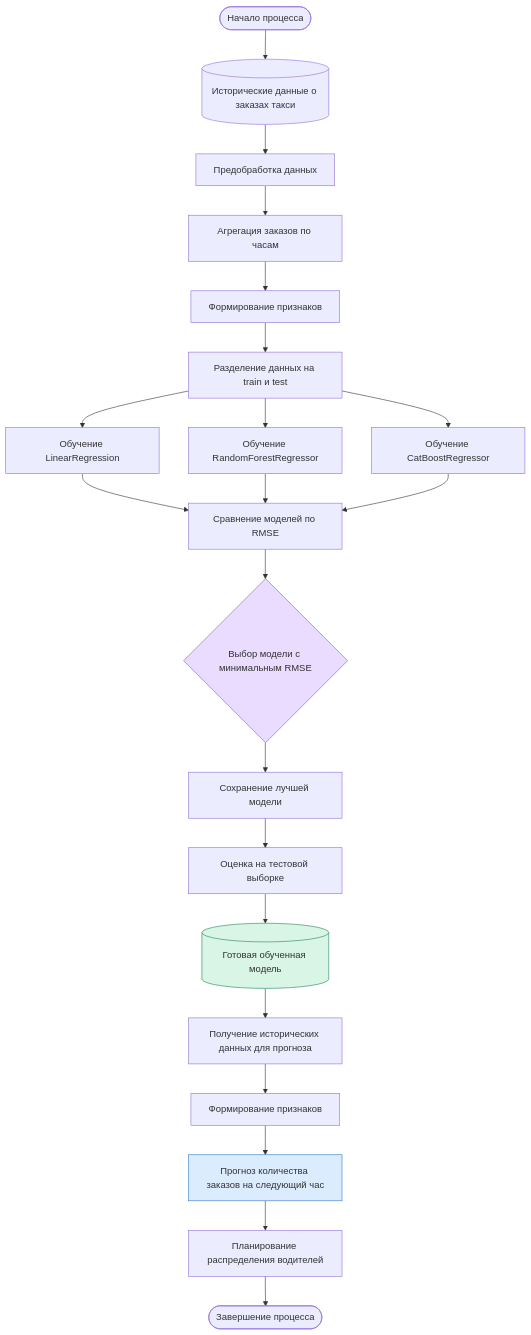
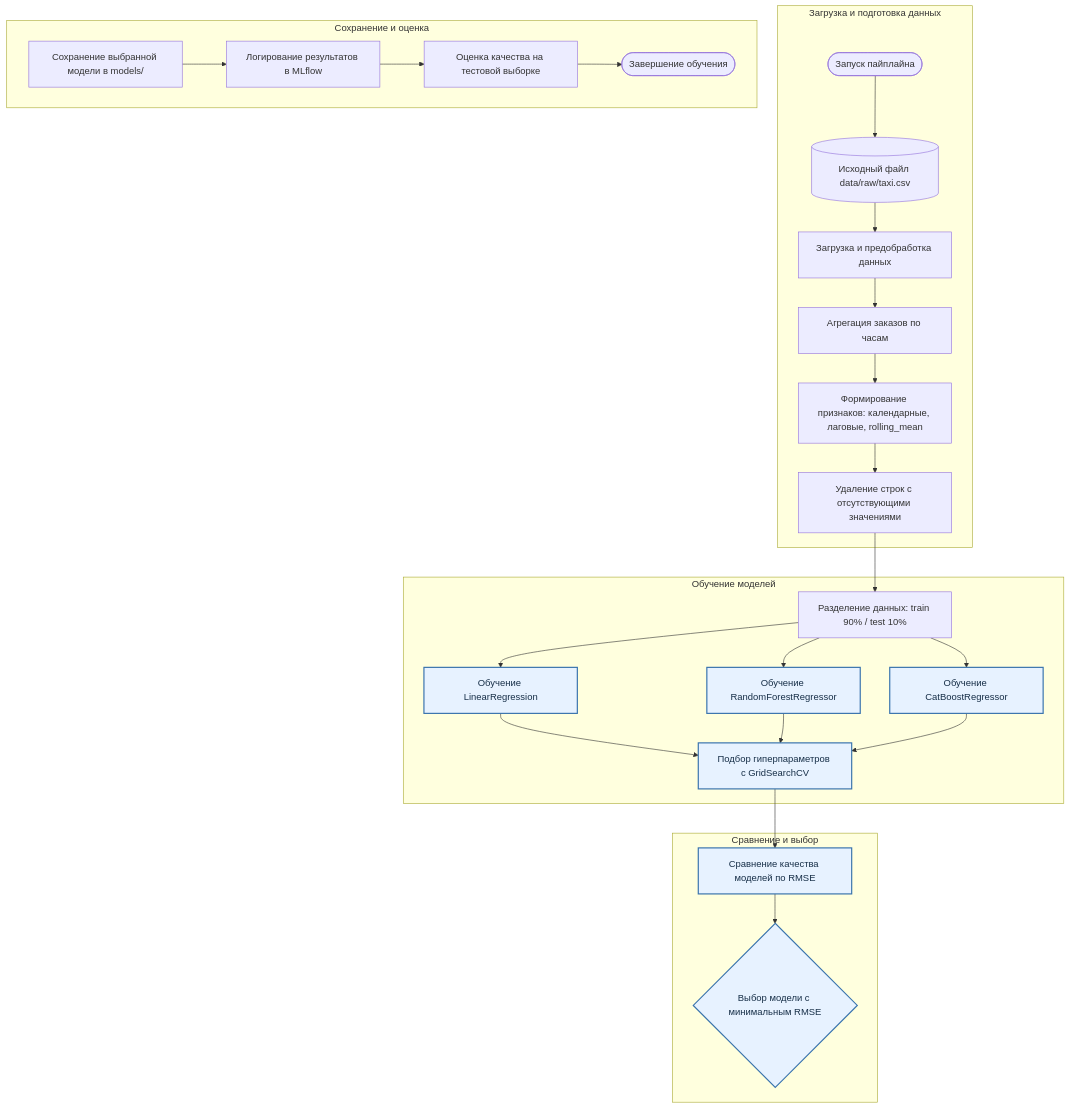
The second of 2 diagrams in Model_BPMN.md (sidagor/drobkov-bogdan-mlops-taxi-forecast), drawn with Mermaid before and after one commit. The commit also changed other lines of this file, not shown here.

````diff
--- a/Model_BPMN.md
+++ b/Model_BPMN.md
@@ -7,32 +137,46 @@
 ```mermaid
-flowchart TD
-    A([Начало процесса]) --> B[(Исторические данные о заказах такси)]
-    B --> C[Предобработка данных]
-    C --> D[Агрегация заказов по часам]
-    D --> E[Формирование признаков]
+flowchart TB
+    subgraph DATA["Загрузка и подготовка данных"]
+        A(["Запуск пайплайна"])
+        B[("Исходный файл data/raw/taxi.csv")]
+        C["Загрузка и предобработка данных"]
+        D["Агрегация заказов по часам"]
+        E["Формирование признаков: календарные, лаговые, rolling_mean"]
+        F["Удаление строк с отсутствующими значениями"]
+        A --> B --> C --> D --> E --> F
+    end
 
-    E --> F[Разделение данных на train и test]
+    subgraph TRAIN["Обучение моделей"]
+        G["Разделение данных: train 90% / test 10%"]
+        H["Обучение LinearRegression"]
+        I["Обучение RandomForestRegressor"]
+        J["Обучение CatBoostRegressor"]
+        K["Подбор гиперпараметров с GridSearchCV"]
+        G --> H
+        G --> I
+        G --> J
+        H --> K
+        I --> K
+        J --> K
+    end
 
-    F --> G[Обучение LinearRegression]
-    F --> H[Обучение RandomForestRegressor]
-    F --> I[Обучение CatBoostRegressor]
+    subgraph SELECT["Сравнение и выбор"]
+        L["Сравнение качества моделей по RMSE"]
+        M{"Выбор модели с минимальным RMSE"}
+        L --> M
+    end
 
-    G --> J[Сравнение моделей по RMSE]
-    H --> J
-    I --> J
+    subgraph RESULT["Сохранение и оценка"]
+        N["Сохранение выбранной модели в models/"]
+        O["Логирование результатов в MLflow"]
+        P["Оценка качества на тестовой выборке"]
+        Q(["Завершение обучения"])
+        N --> O --> P --> Q
+    end
 
-    J --> K{Выбор модели с минимальным RMSE}
-    K --> L[Сохранение лучшей модели]
-    L --> M[Оценка на тестовой выборке]
-    M --> N[(Готовая обученная модель)]
+    F --> G
+    K --> L
 
-    N --> O[Получение исторических данных для прогноза]
-    O --> P[Формирование признаков]
-    P --> Q[Прогноз количества заказов на следующий час]
-    Q --> R[Планирование распределения водителей]
-    R --> S([Завершение процесса])
-
-    style K fill:#eadcff,stroke:#805ad5
-    style N fill:#d9f5e5,stroke:#25845b
-    style Q fill:#dcecff,stroke:#3478c8
+    classDef ml fill:#e7f2ff,stroke:#3973ad,color:#172f48,stroke-width:2px
+    class H,I,J,K,L,M ml
 ```
````
